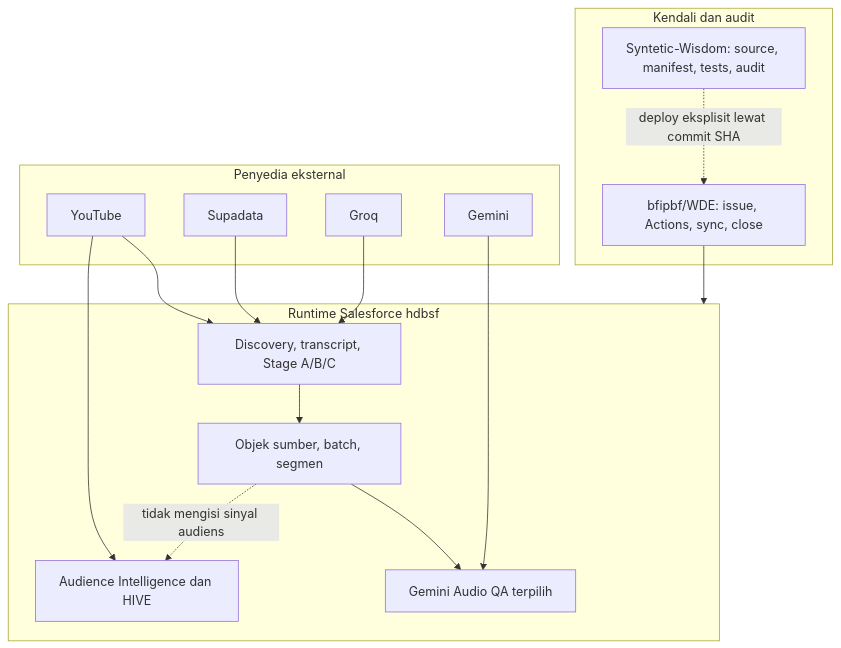
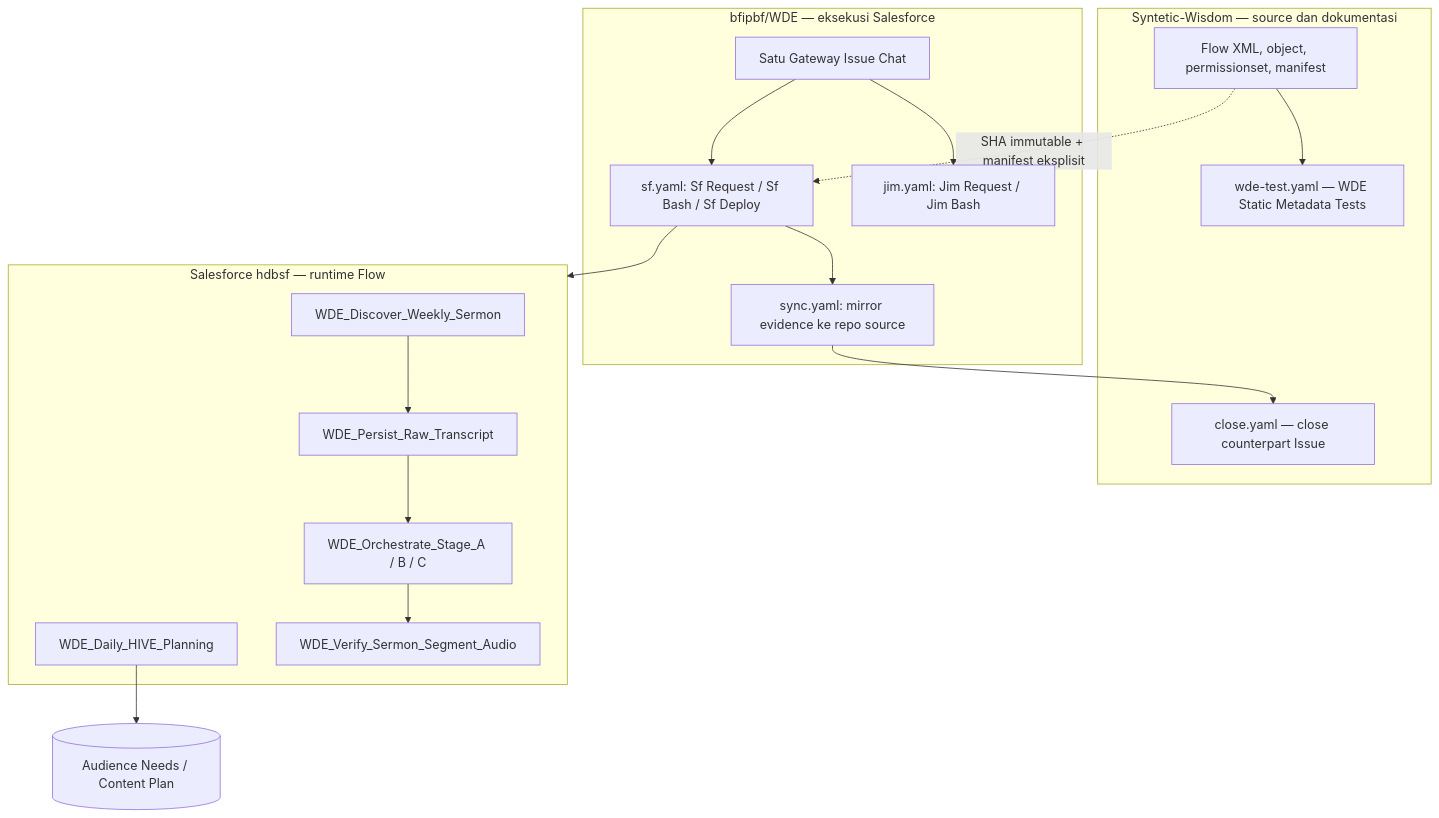
Before and after one commit to jimmytobing/Syntetic-Wisdom: the second of 28 diagrams in SADD-WDE.md, drawn with Mermaid. The commit also changed other lines of this file, not shown here.

Commit message:
docs(wde): align visual SADD with two-workflow cleanup and label all Salesforce flows

````diff
--- a/SADD-WDE.md
+++ b/SADD-WDE.md
@@ -36,29 +34,28 @@
 ```mermaid
 flowchart TB
-  subgraph X["Kendali dan audit"]
-    G["bfipbf/WDE: issue, Actions, sync, close"]
-    P["Syntetic-Wisdom: source, manifest, tests, audit"]
+  subgraph G["bfipbf/WDE — eksekusi Salesforce"]
+    ISSUE["Satu Gateway Issue Chat"] --> SF["sf.yaml: Sf Request / Sf Bash / Sf Deploy"]
+    ISSUE --> JIM["jim.yaml: Jim Request / Jim Bash"]
+    SF --> AUDIT["sync.yaml: mirror evidence ke repo source"]
   end
-  subgraph O["Runtime Salesforce hdbsf"]
-    D["Discovery, transcript, Stage A/B/C"]
-    B["Objek sumber, batch, segmen"]
-    I["Audience Intelligence dan HIVE"]
-    Q["Gemini Audio QA terpilih"]
+  subgraph P["Syntetic-Wisdom — source dan dokumentasi"]
+    SRC["Flow XML, object, permissionset, manifest"]
+    TEST["wde-test.yaml — WDE Static Metadata Tests"]
+    CLOSE["close.yaml — close counterpart Issue"]
   end
-  subgraph V["Penyedia eksternal"]
-    Y["YouTube"]
-    U["Supadata"]
-    R["Groq"]
-    M["Gemini"]
+  subgraph S["Salesforce hdbsf — runtime Flow"]
+    D["WDE_Discover_Weekly_Sermon"]
+    T["WDE_Persist_Raw_Transcript"]
+    A["WDE_Orchestrate_Stage_A / B / C"]
+    H["WDE_Daily_HIVE_Planning"]
+    QA["WDE_Verify_Sermon_Segment_Audio"]
   end
-  G --> O
-  P -. "deploy eksplisit lewat commit SHA" .-> G
-  Y --> D
-  U --> D
-  R --> D
-  M --> Q
-  D --> B
-  B --> Q
-  B -. "tidak mengisi sinyal audiens" .-> I
-  Y --> I
+  SRC -. "SHA immutable + manifest eksplisit" .-> SF
+  SRC --> TEST
+  SF --> S
+  D --> T
+  T --> A
+  A --> QA
+  H --> HIVE[("Audience Needs / Content Plan")]
+  AUDIT --> CLOSE
 ```
````
